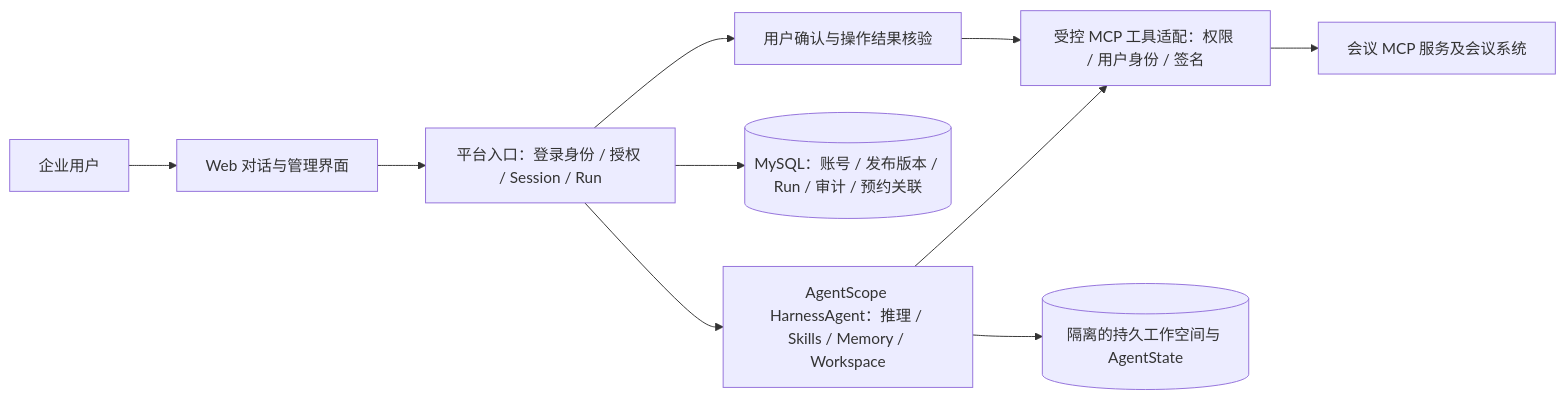
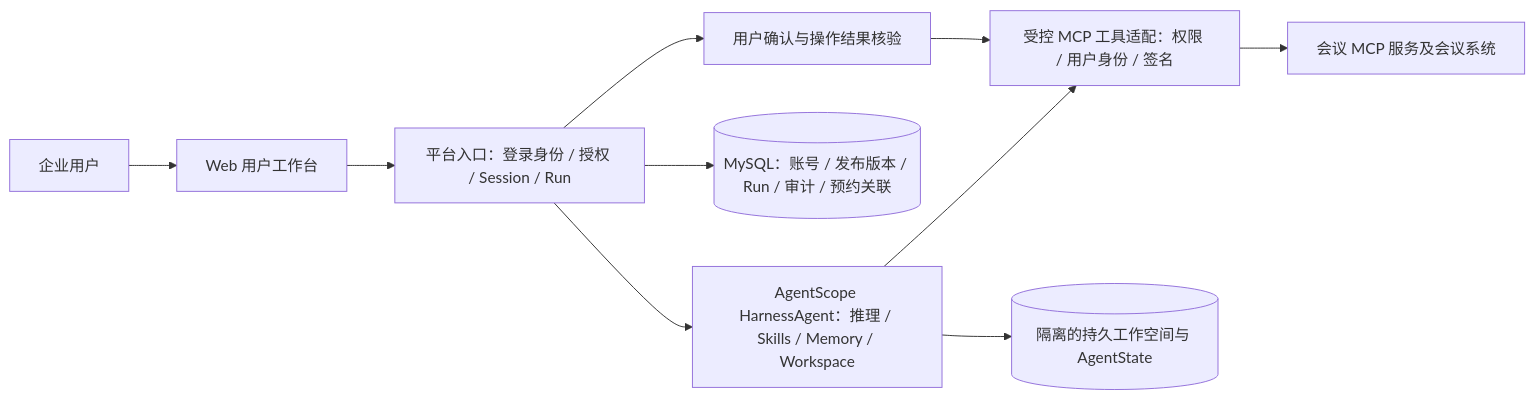
The diagram in docs/一期总体设计.md (BeyondzychenProton/agentscope-brain), drawn with Mermaid before and after one commit. The commit also changed other lines of this file and 166 other files, not shown here.

````diff
--- a/docs/一期总体设计.md
+++ b/docs/一期总体设计.md
@@ -24,12 +50,12 @@
 ```mermaid
 flowchart LR
-    U[企业用户] --> W[Web 对话与管理界面]
+    U[企业用户] --> W[Web 用户工作台]
     W --> P[平台入口：登录身份 / 授权 / Session / Run]
     P --> H[AgentScope HarnessAgent：推理 / Skills / Memory / Workspace]
     H --> T[受控 MCP 工具适配：权限 / 用户身份 / 签名]
     T --> M[会议 MCP 服务及会议系统]
     P --> DB[(MySQL：账号 / 发布版本 / Run / 审计 / 预约关联)]
     H --> FS[(隔离的持久工作空间与 AgentState)]
     P --> C[用户确认与操作结果核验]
     C --> T
 ```
````
